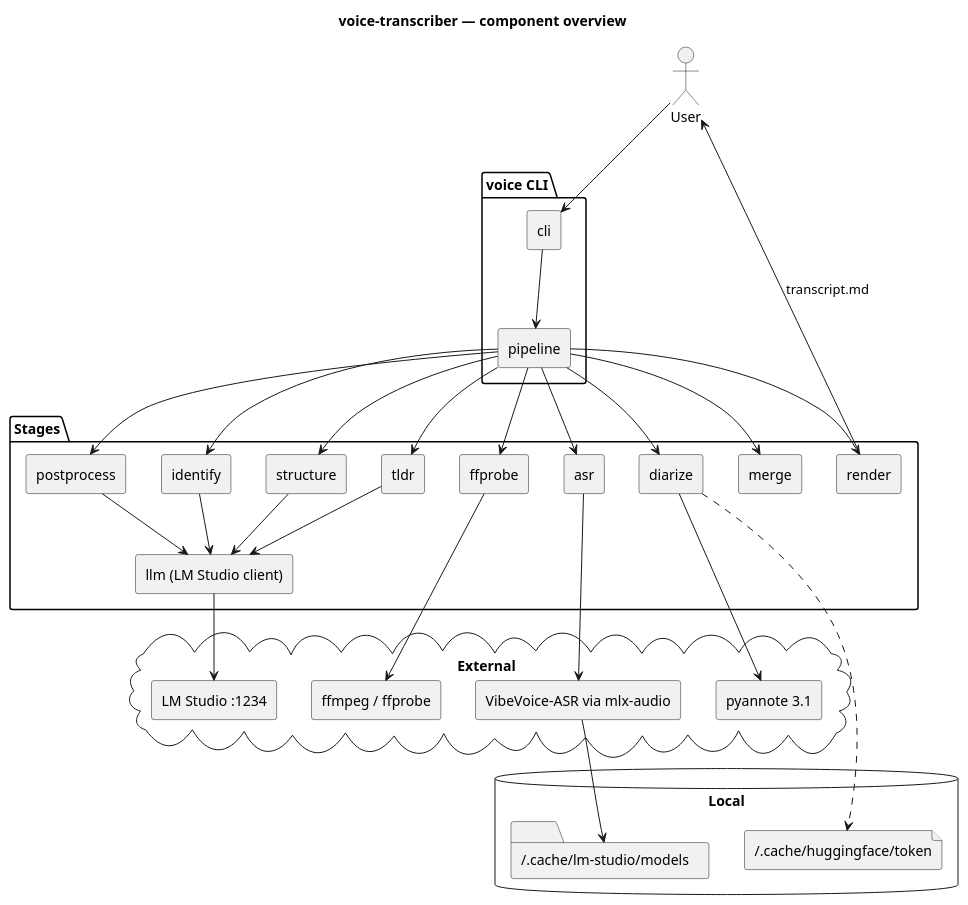
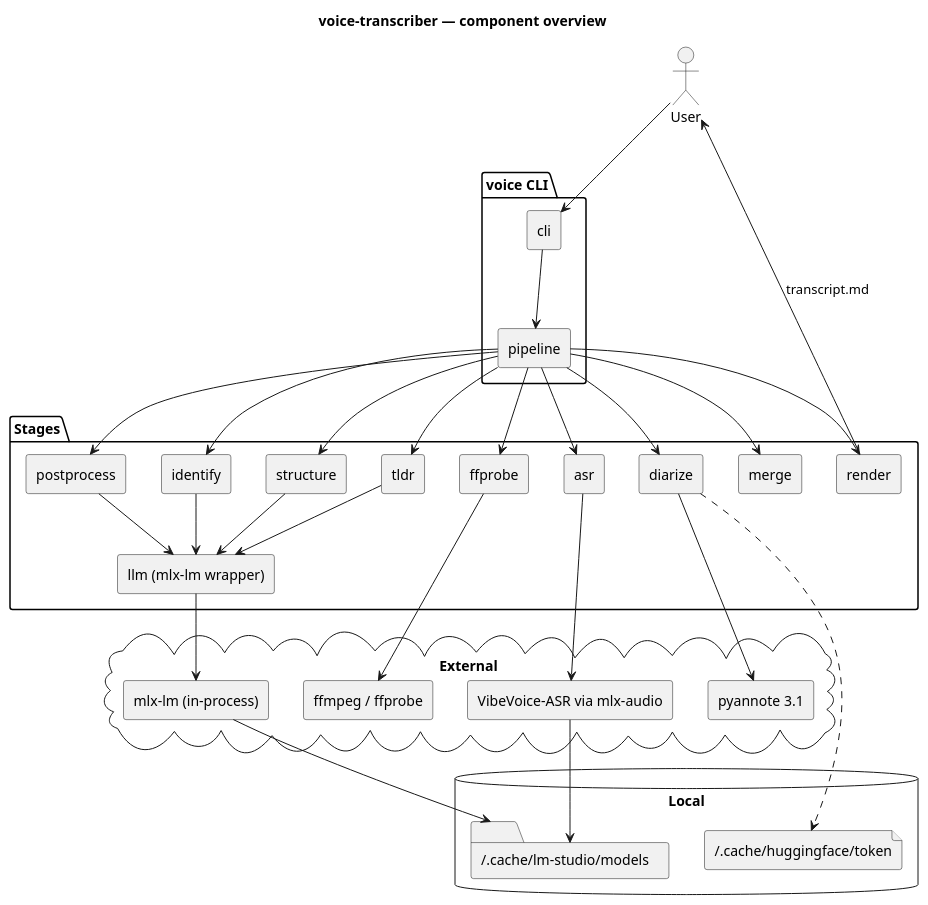
Before and after one commit to artem-from-ua/voice-transcriber: the diagram in docs/architecture.md, drawn with PlantUML. The commit also changed other lines of this file and 18 other files, not shown here.

````diff
--- a/docs/architecture.md
+++ b/docs/architecture.md
@@ -9,62 +9,63 @@
 ```plantuml
 @startuml
 title voice-transcriber — component overview
 skinparam componentStyle rectangle
 
 actor User
 
 package "voice CLI" {
   component "cli" as CLI
   component "pipeline" as Pipeline
 }
 
 package "Stages" {
   component "ffprobe" as FF
   component "asr" as ASR
   component "diarize" as Diar
   component "merge" as Merge
   component "postprocess" as Post
   component "identify" as Ident
   component "structure" as Struct
   component "tldr" as TLDR
   component "render" as Render
-  component "llm (LM Studio client)" as LLM
+  component "llm (mlx-lm wrapper)" as LLM
 }
 
 cloud "External" {
   [ffmpeg / ffprobe] as Ffmpeg
   [VibeVoice-ASR via mlx-audio] as MLX
   [pyannote 3.1] as Pyannote
-  [LM Studio :1234] as LMS
+  [mlx-lm (in-process)] as MlxLm
 }
 
 database "Local" {
   folder "~/.cache/lm-studio/models" as LMSCache
   file "~/.cache/huggingface/token" as HFToken
 }
 
 User --> CLI
 CLI --> Pipeline
 Pipeline --> FF
 Pipeline --> ASR
 Pipeline --> Diar
 Pipeline --> Merge
 Pipeline --> Post
 Pipeline --> Ident
 Pipeline --> Struct
 Pipeline --> TLDR
 Pipeline --> Render
 
 FF --> Ffmpeg
 ASR --> MLX
 MLX --> LMSCache
 Diar --> Pyannote
 Diar ..> HFToken
 Post --> LLM
 Ident --> LLM
 Struct --> LLM
 TLDR --> LLM
-LLM --> LMS
+LLM --> MlxLm
+MlxLm --> LMSCache
 Render --> User : transcript.md
 @enduml
 ```
````
